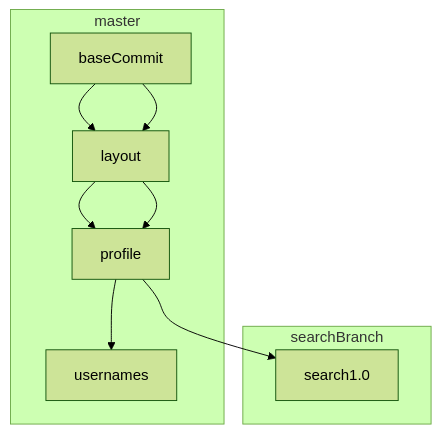
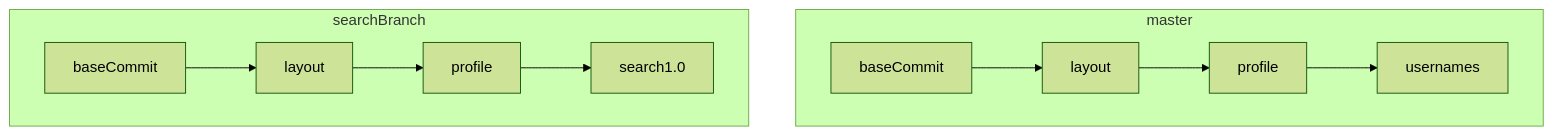
Before and after one commit to karan-kapoor90/portfolYOU: the fourth of 4 diagrams in _posts/2019-09-21-DIffmerge-setup.md, drawn with Mermaid (forest theme). The commit also changed other lines of this file, not shown here.

Commit message:
Graph fixes

```diff
--- a/_posts/2019-09-21-DIffmerge-setup.md
+++ b/_posts/2019-09-21-DIffmerge-setup.md
@@ -89,9 +89,9 @@
 <div class="mermaid">
 graph TB
     subgraph master
-    baseCommit-->layout-->profile-->usernames
+    m1[baseCommit]-->m2[layout]-->m3[profile]-->m4[usernames]
     end
     subgraph searchBranch
-    baseCommit-->layout-->profile-->search1.0
+    s1[baseCommit]-->s2[layout]-->s3[profile]-->s4[search1.0]
     end
 </div>
```
